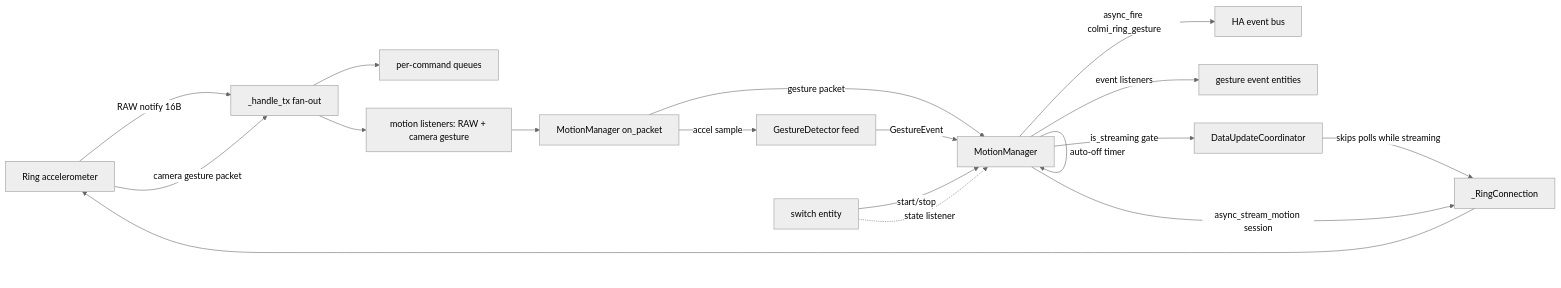
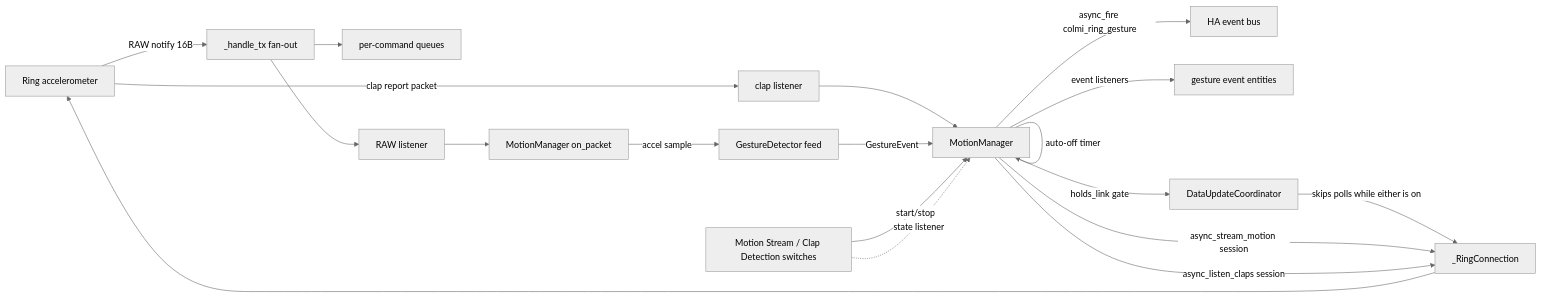
The diagram in plans/motion-gestures-plan.md (DavidWAbrahams/ha-colmi-ble), drawn with Mermaid (neutral theme) before and after one commit. The commit also changed other lines of this file and 15 other files, not shown here.

````diff
--- a/plans/motion-gestures-plan.md
+++ b/plans/motion-gestures-plan.md
@@ -663,20 +691,21 @@
 ```mermaid
 flowchart LR
   R[Ring accelerometer] -->|RAW notify 16B| H[_handle_tx fan-out]
   H --> Q[per-command queues]
-  H --> L[motion listeners: RAW + camera gesture]
-  R -->|camera gesture packet| H
+  H --> L[RAW listener]
+  R -->|clap report packet| H2[clap listener]
+  H2 --> M
   L --> P[MotionManager on_packet]
   P -->|accel sample| D[GestureDetector feed]
-  P -->|gesture packet| M
   D -->|GestureEvent| M[MotionManager]
   M -->|async_fire colmi_ring_gesture| F[HA event bus]
   M -->|event listeners| E[gesture event entities]
-  S[switch entity] -->|start/stop| M
+  S[Motion Stream / Clap Detection switches] -->|start/stop| M
   S -.->|state listener| M
-  M -->|is_streaming gate| C[DataUpdateCoordinator]
-  C -->|skips polls while streaming| K[_RingConnection]
+  M -->|holds_link gate| C[DataUpdateCoordinator]
+  C -->|skips polls while either is on| K[_RingConnection]
   M -->|async_stream_motion session| K
+  M -->|async_listen_claps session| K
   K --> R
   M -->|auto-off timer| M
 ```
````
